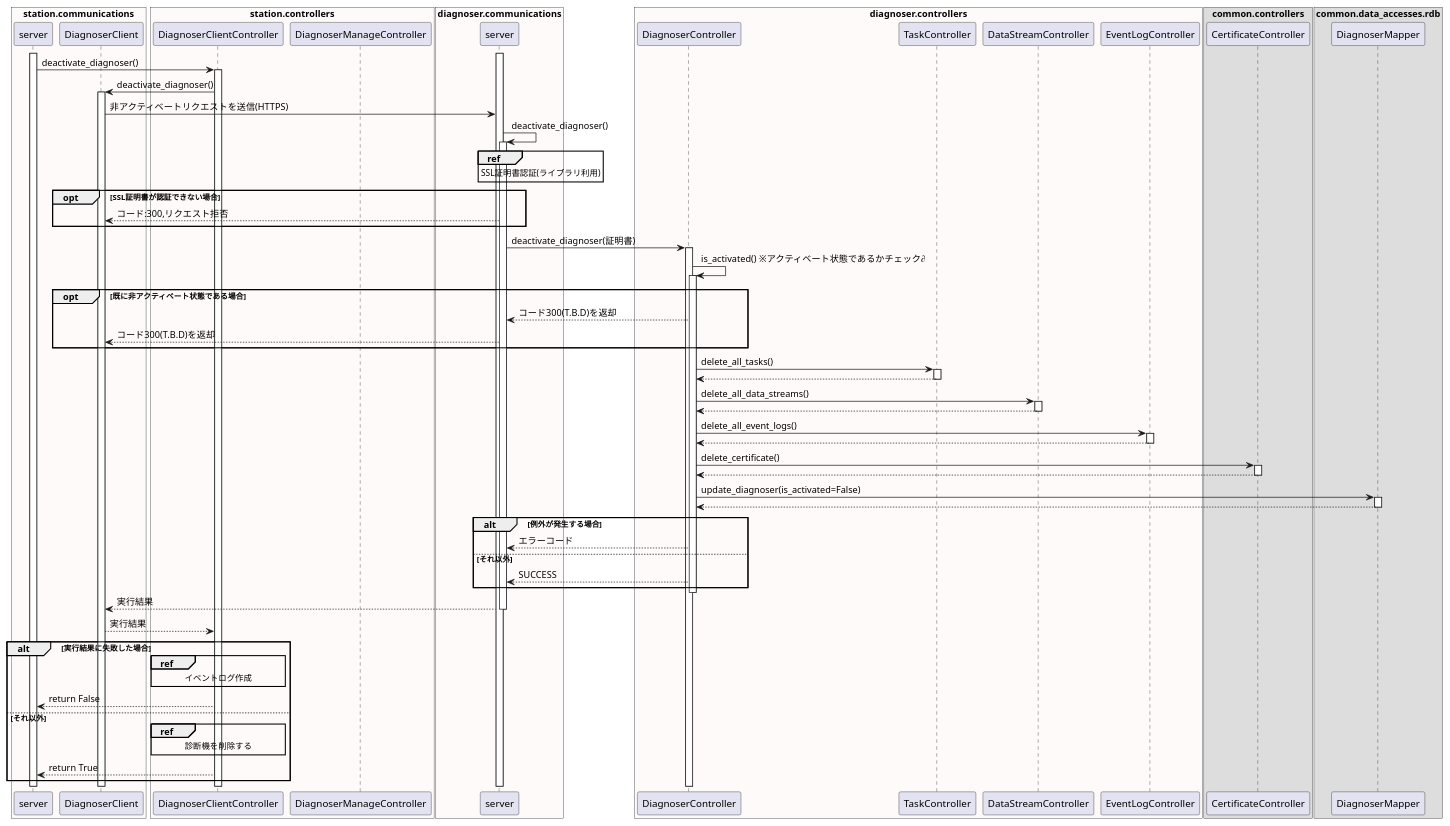
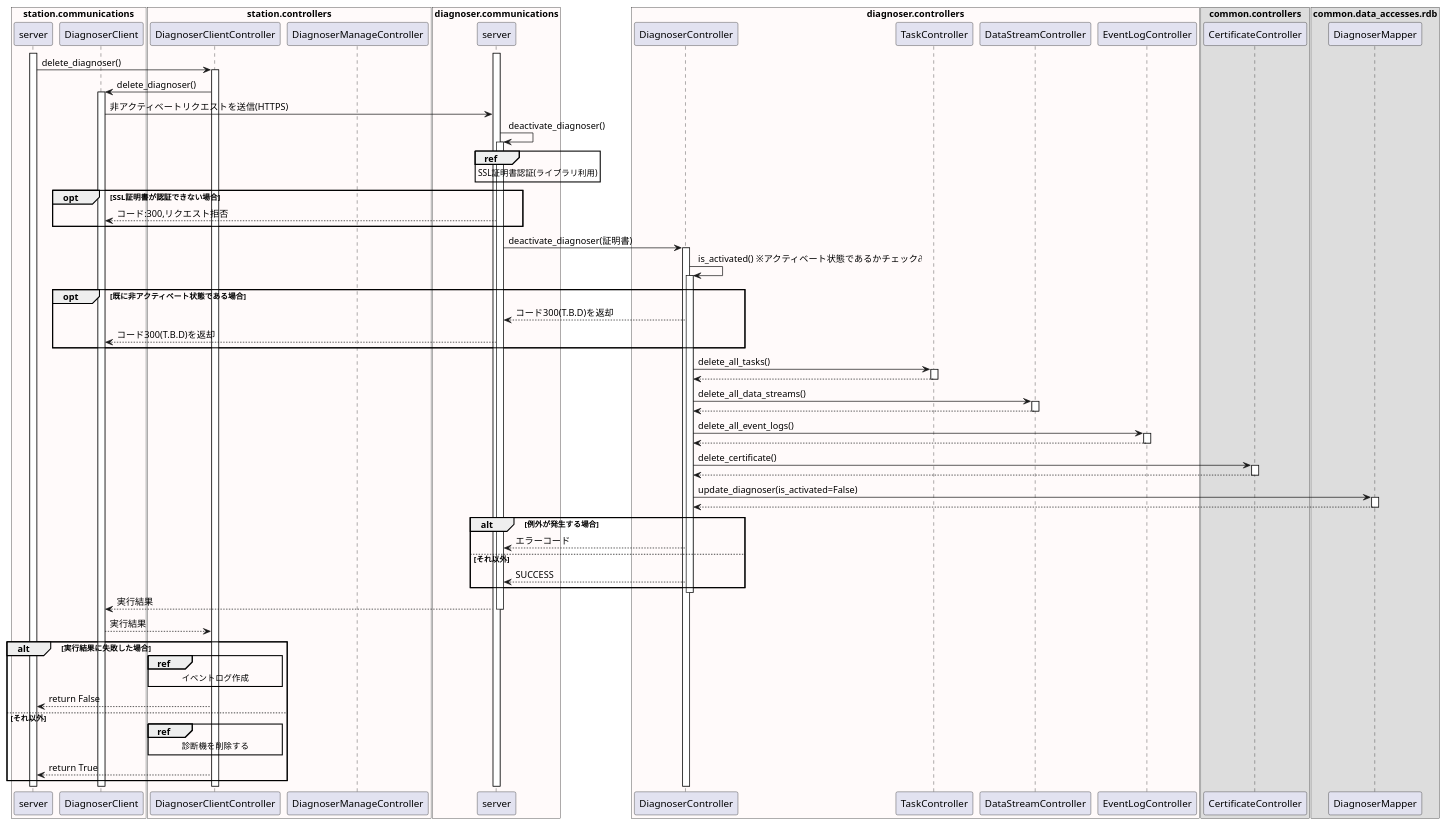
The diagram in ライセンス_シーケンス図＿非アクティベートする.pu (lengocsonit/puml), drawn with PlantUML before and after one commit. The commit also changed 2 other files, not shown here.

```diff
--- a/ライセンス_シーケンス図＿非アクティベートする.pu
+++ b/ライセンス_シーケンス図＿非アクティベートする.pu
@@ -2,99 +2,99 @@
 @startuml 診断機をアクティベートにする
 box "station.communications" #Snow
     participant server as stationserver
     participant DiagnoserClient as diagnoserclient
 end box
 
 box "station.controllers" #Snow
     participant DiagnoserClientController as diagnoserclientcontroller
     participant DiagnoserManageController as diagnosermanagecontroller
 end box
 
 box "diagnoser.communications" #Snow
     participant server as diagnoserserver
 end box
 
 
 box "diagnoser.controllers" #Snow
     participant DiagnoserController as diagnosercontroller
     participant TaskController as taskcontroller
     participant DataStreamController as datastreamcontroller
     participant EventLogController as eventlogcontroller
 end box
 
 box "common.controllers"
     participant "CertificateController" as certificatecontroller
 end box
 
 box "common.data_accesses.rdb"
     participant DiagnoserMapper as diagnosermapper
 end box
 
 activate stationserver
 activate diagnoserserver
-stationserver -> diagnoserclientcontroller: deactivate_diagnoser()
+stationserver -> diagnoserclientcontroller: delete_diagnoser()
 activate diagnoserclientcontroller
-    diagnoserclientcontroller -> diagnoserclient: deactivate_diagnoser()
+    diagnoserclientcontroller -> diagnoserclient: delete_diagnoser()
     activate diagnoserclient
     diagnoserclient -> diagnoserserver: 非アクティベートリクエストを送信(HTTPS)
     diagnoserserver -> diagnoserserver: deactivate_diagnoser()
     activate diagnoserserver
     ref over diagnoserserver
         SSL証明書認証(ライブラリ利用)
     end ref
     opt SSL証明書が認証できない場合 
         diagnoserclient <-- diagnoserserver: コード:300,リクエスト拒否
     end
     diagnoserserver -> diagnosercontroller: deactivate_diagnoser(証明書)
     activate diagnosercontroller
     diagnosercontroller -> diagnosercontroller: is_activated() ※アクティベート状態であるかチェック∂
     activate diagnosercontroller
     opt 既に非アクティベート状態である場合
         diagnoserserver <-- diagnosercontroller: コード300(T.B.D)を返却
         diagnoserclient <-- diagnoserserver: コード300(T.B.D)を返却
     end opt
     diagnosercontroller  -> taskcontroller: delete_all_tasks()
     activate taskcontroller
         diagnosercontroller <-- taskcontroller:
     deactivate taskcontroller
 
     diagnosercontroller -> datastreamcontroller: delete_all_data_streams()
     activate datastreamcontroller
         diagnosercontroller <-- datastreamcontroller:
     deactivate datastreamcontroller
 
     diagnosercontroller -> eventlogcontroller: delete_all_event_logs()
     activate eventlogcontroller
         diagnosercontroller <-- eventlogcontroller:
     deactivate eventlogcontroller
 
     diagnosercontroller -> certificatecontroller: delete_certificate()
     activate certificatecontroller
         diagnosercontroller <-- certificatecontroller:
     deactivate certificatecontroller
 
     diagnosercontroller -> diagnosermapper: update_diagnoser(is_activated=False)
     activate diagnosermapper
     diagnosercontroller <-- diagnosermapper:
     deactivate diagnosermapper
     alt 例外が発生する場合
         diagnoserserver <-- diagnosercontroller: エラーコード
     else それ以外
         diagnoserserver <-- diagnosercontroller: SUCCESS
     end alt
     deactivate diagnosercontroller
     diagnoserclient <-- diagnoserserver: 実行結果
     deactivate diagnoserserver
     diagnoserclient --> diagnoserclientcontroller: 実行結果
     alt 実行結果に失敗した場合
     ref over diagnoserclientcontroller
         イベントログ作成
     end ref
     stationserver <-- diagnoserclientcontroller: return False
     else それ以外
         ref over diagnoserclientcontroller
             診断機を削除する
         end ref
     stationserver <-- diagnoserclientcontroller: return True
     end
 @enduml
```
